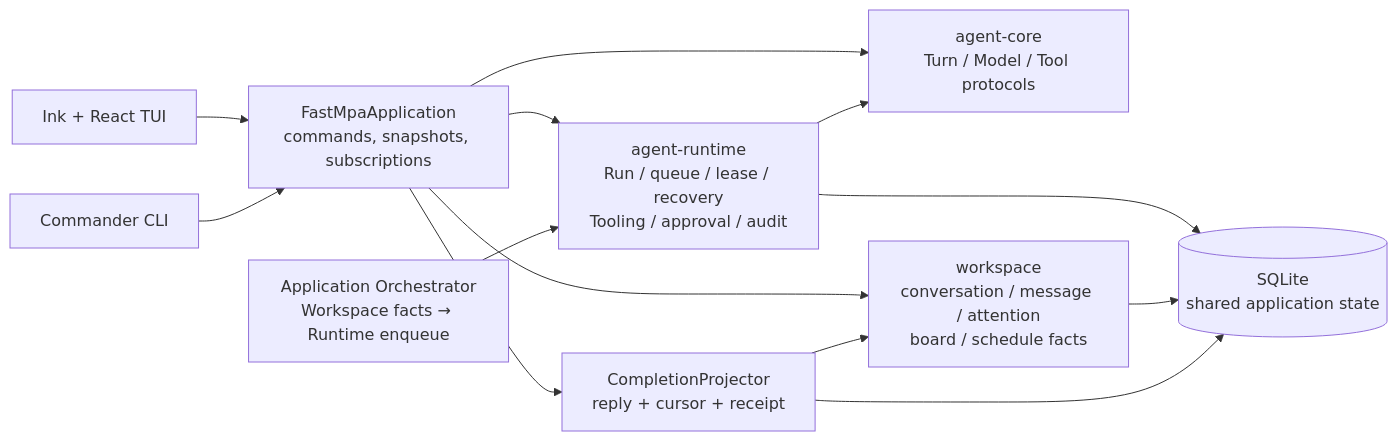
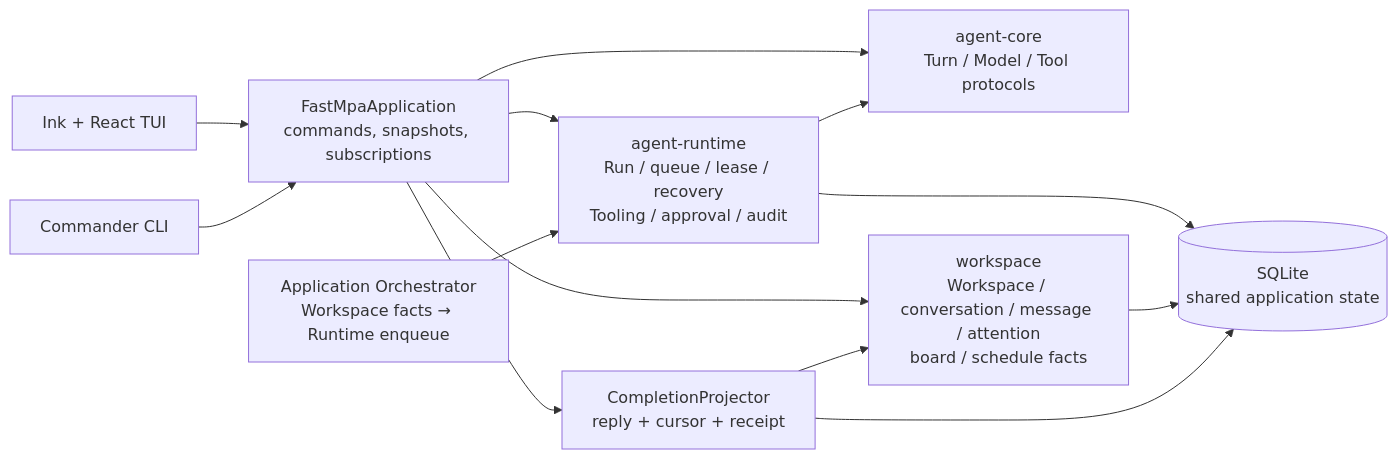
One commit to ShawnDen-coder/fastmpa changed the first of 3 diagrams in docs/ARCHITECTURE.md. Above: the diagram before and after it, drawn with Mermaid. The commit also changed other lines of this file and 7 other files, not shown here.

Commit message:
Add persistent workspace application facts

````diff
--- a/docs/ARCHITECTURE.md
+++ b/docs/ARCHITECTURE.md
@@ -8,25 +8,25 @@
 ```mermaid
 flowchart LR
     TUI[Ink + React TUI]
     CLI[Commander CLI]
     APP[FastMpaApplication\ncommands, snapshots, subscriptions]
     CORE[agent-core\nTurn / Model / Tool protocols]
     RUNTIME[agent-runtime\nRun / queue / lease / recovery\nTooling / approval / audit]
-    WORKSPACE[workspace\nconversation / message / attention\nboard / schedule facts]
+    WORKSPACE[workspace\nWorkspace / conversation / message / attention\nboard / schedule facts]
     DB[(SQLite\nshared application state)]
     EXT[Application Orchestrator\nWorkspace facts → Runtime enqueue]
     PROJ[CompletionProjector\nreply + cursor + receipt]
 
     TUI --> APP
     CLI --> APP
     APP --> CORE
     APP --> RUNTIME
     APP --> WORKSPACE
     RUNTIME --> CORE
     RUNTIME --> DB
     WORKSPACE --> DB
     EXT --> RUNTIME
     APP --> PROJ
     PROJ --> WORKSPACE
     PROJ --> DB
 ```
````
